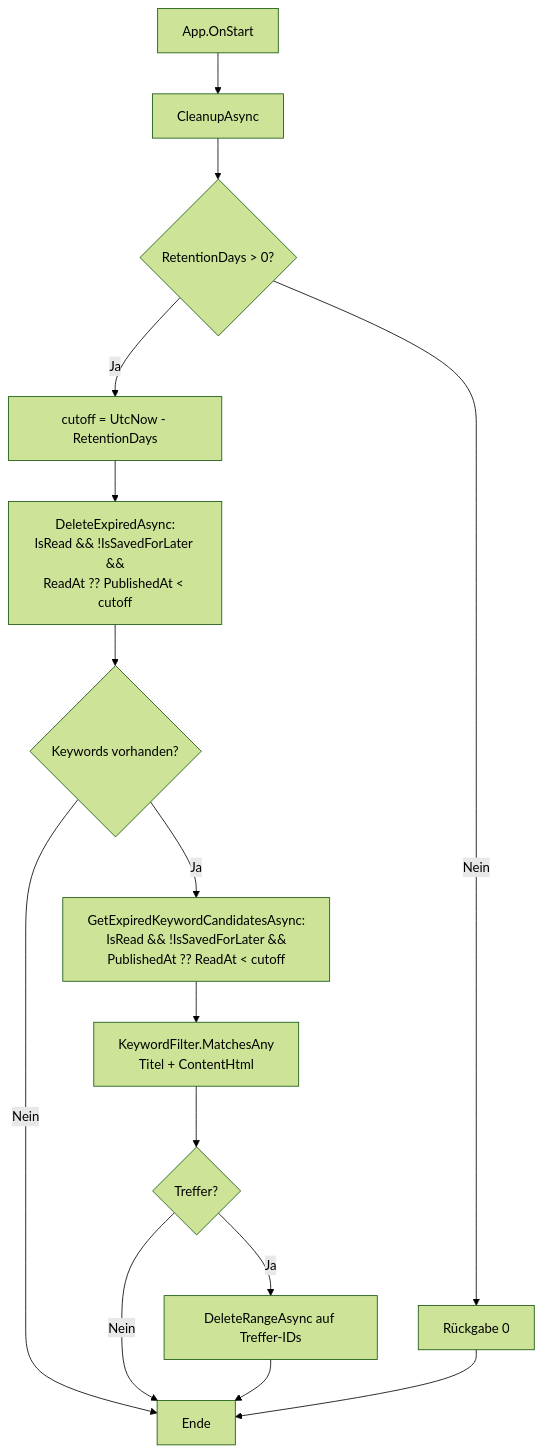
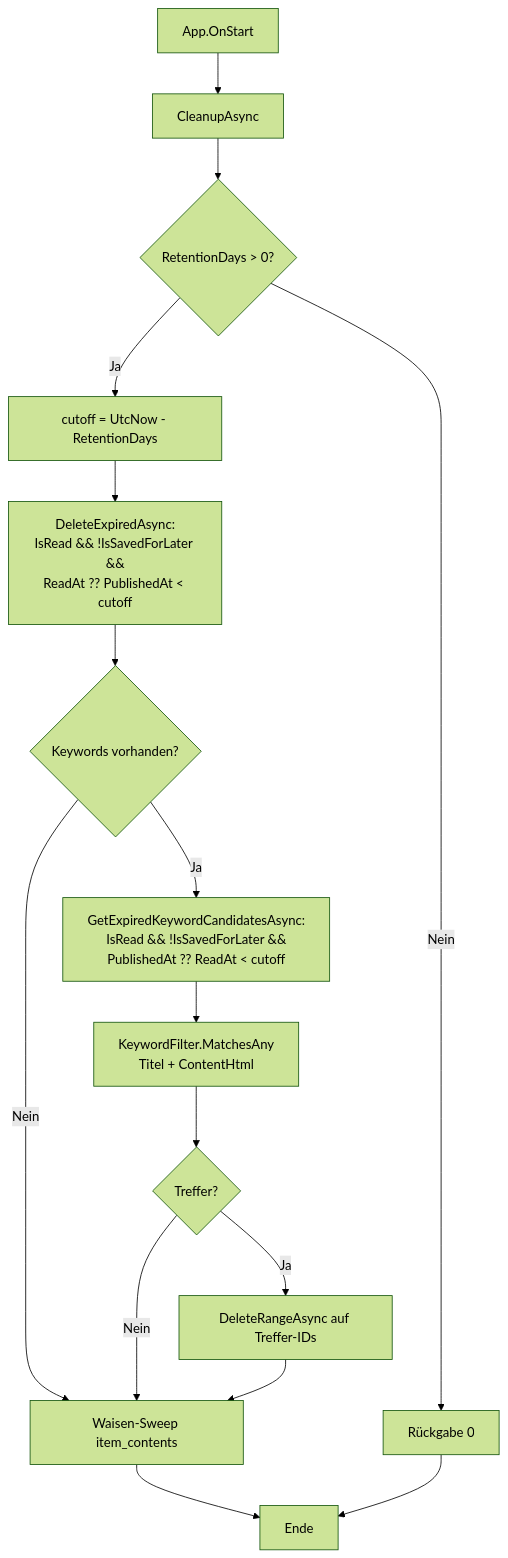
One commit to martin-stromberg/Reporter changed the first of 2 diagrams in docs/help/einstellungen/ablauf-technisch.md. Above: the diagram before and after it, drawn with Mermaid (forest theme). The commit also changed other lines of this file and 81 other files, not shown here.

````diff
--- a/docs/help/einstellungen/ablauf-technisch.md
+++ b/docs/help/einstellungen/ablauf-technisch.md
@@ -105,17 +108,18 @@
 ```mermaid
 flowchart TD
     A[App.OnStart] --> B[CleanupAsync]
     B --> C{RetentionDays > 0?}
     C -- Nein --> Z[Rückgabe 0]
     C -- Ja --> D[cutoff = UtcNow - RetentionDays]
     D --> E[DeleteExpiredAsync:<br/>IsRead && !IsSavedForLater &&<br/>ReadAt ?? PublishedAt < cutoff]
     E --> F{Keywords vorhanden?}
-    F -- Nein --> G[Ende]
+    F -- Nein --> O[Waisen-Sweep item_contents]
     F -- Ja --> H[GetExpiredKeywordCandidatesAsync:<br/>IsRead && !IsSavedForLater &&<br/>PublishedAt ?? ReadAt < cutoff]
     H --> I[KeywordFilter.MatchesAny<br/>Titel + ContentHtml]
     I --> J{Treffer?}
-    J -- Nein --> G
+    J -- Nein --> O
     J -- Ja --> K[DeleteRangeAsync auf Treffer-IDs]
-    K --> G
+    K --> O
+    O --> G[Ende]
     Z --> G
 ```
````
